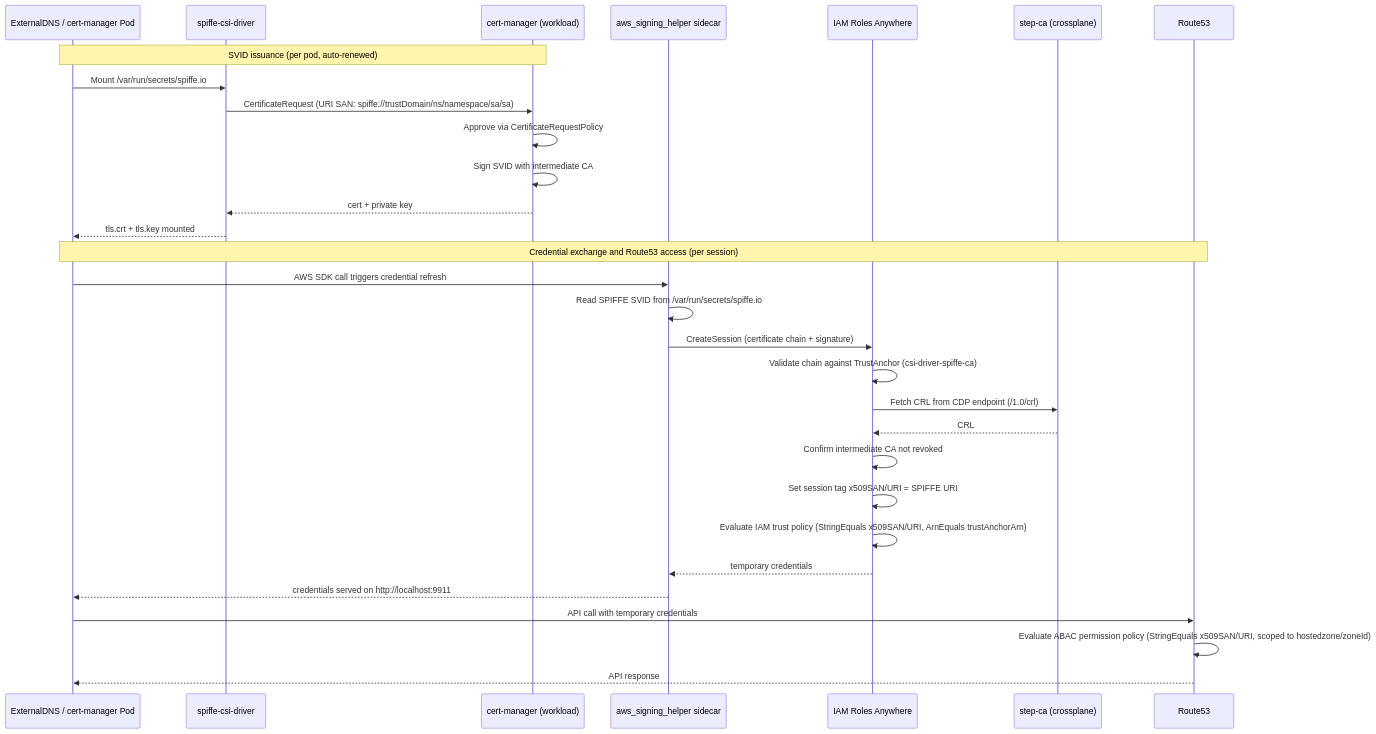
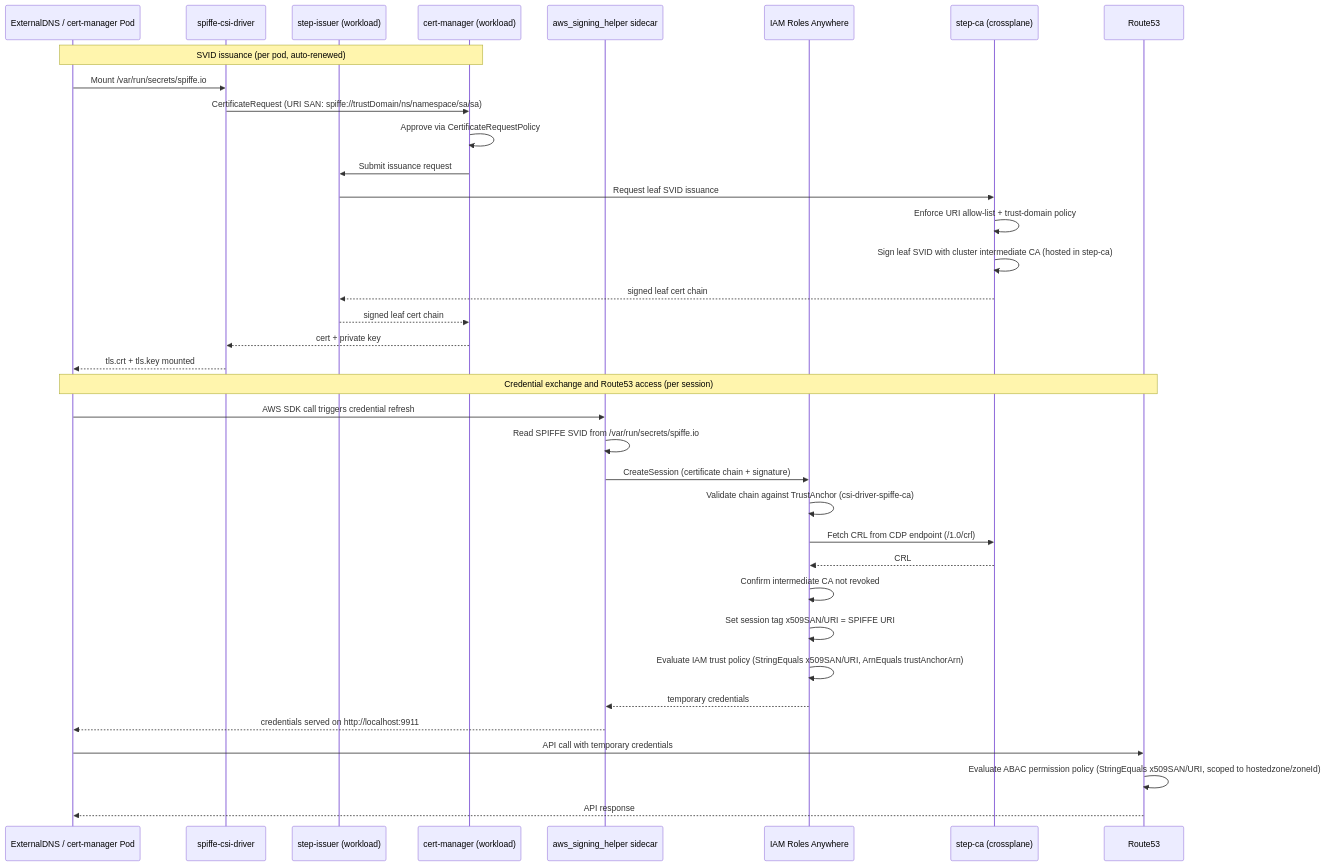
The third of 3 diagrams in doc/adr/0007-crossplane-composition-for-externaldns-and-certmanager-iam-roles-anywhere.md (estenrye/flux-platform-src), drawn with Mermaid before and after one commit. The commit also changed other lines of this file, not shown here.

Commit message:
Update spec to build out CNPG and Step-CA

````diff
--- a/doc/adr/0007-crossplane-composition-for-externaldns-and-certmanager-iam-roles-anywhere.md
+++ b/doc/adr/0007-crossplane-composition-for-externaldns-and-certmanager-iam-roles-anywhere.md
@@ -1052,34 +1098,40 @@
 ```mermaid
 sequenceDiagram
     participant Pod as ExternalDNS / cert-manager Pod
     participant CSI as spiffe-csi-driver
+  participant SI as step-issuer (workload)
     participant CM_WC as cert-manager (workload)
     participant Helper as aws_signing_helper sidecar
     participant RAWS as IAM Roles Anywhere
     participant StepCA as step-ca (crossplane)
     participant R53 as Route53
 
     Note over Pod,CM_WC: SVID issuance (per pod, auto-renewed)
     Pod->>CSI: Mount /var/run/secrets/spiffe.io
     CSI->>CM_WC: CertificateRequest (URI SAN: spiffe://trustDomain/ns/namespace/sa/sa)
     CM_WC->>CM_WC: Approve via CertificateRequestPolicy
-    CM_WC->>CM_WC: Sign SVID with intermediate CA
+    CM_WC->>SI: Submit issuance request
+    SI->>StepCA: Request leaf SVID issuance
+    StepCA->>StepCA: Enforce URI allow-list + trust-domain policy
+    StepCA->>StepCA: Sign leaf SVID with cluster intermediate CA (hosted in step-ca)
+    StepCA-->>SI: signed leaf cert chain
+    SI-->>CM_WC: signed leaf cert chain
     CM_WC-->>CSI: cert + private key
     CSI-->>Pod: tls.crt + tls.key mounted
 
     Note over Pod,R53: Credential exchange and Route53 access (per session)
     Pod->>Helper: AWS SDK call triggers credential refresh
     Helper->>Helper: Read SPIFFE SVID from /var/run/secrets/spiffe.io
     Helper->>RAWS: CreateSession (certificate chain + signature)
     RAWS->>RAWS: Validate chain against TrustAnchor (csi-driver-spiffe-ca)
     RAWS->>StepCA: Fetch CRL from CDP endpoint (/1.0/crl)
     StepCA-->>RAWS: CRL
     RAWS->>RAWS: Confirm intermediate CA not revoked
     RAWS->>RAWS: Set session tag x509SAN/URI = SPIFFE URI
     RAWS->>RAWS: Evaluate IAM trust policy (StringEquals x509SAN/URI, ArnEquals trustAnchorArn)
     RAWS-->>Helper: temporary credentials
     Helper-->>Pod: credentials served on http://localhost:9911
     Pod->>R53: API call with temporary credentials
     R53->>R53: Evaluate ABAC permission policy (StringEquals x509SAN/URI, scoped to hostedzone/zoneId)
     R53-->>Pod: API response
 ```
````
